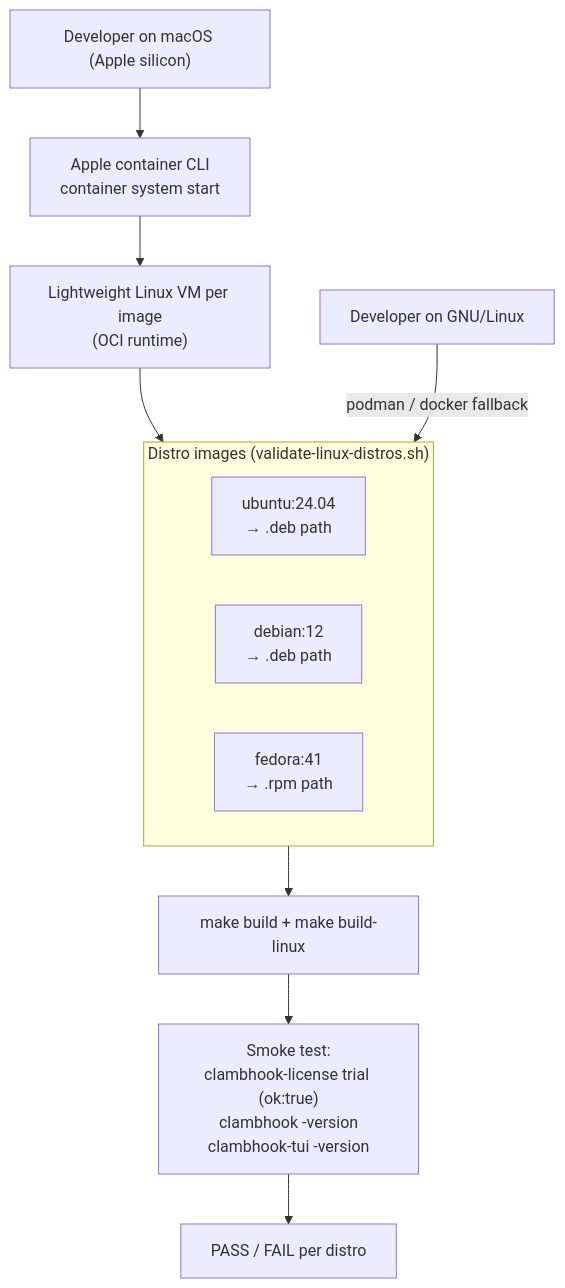
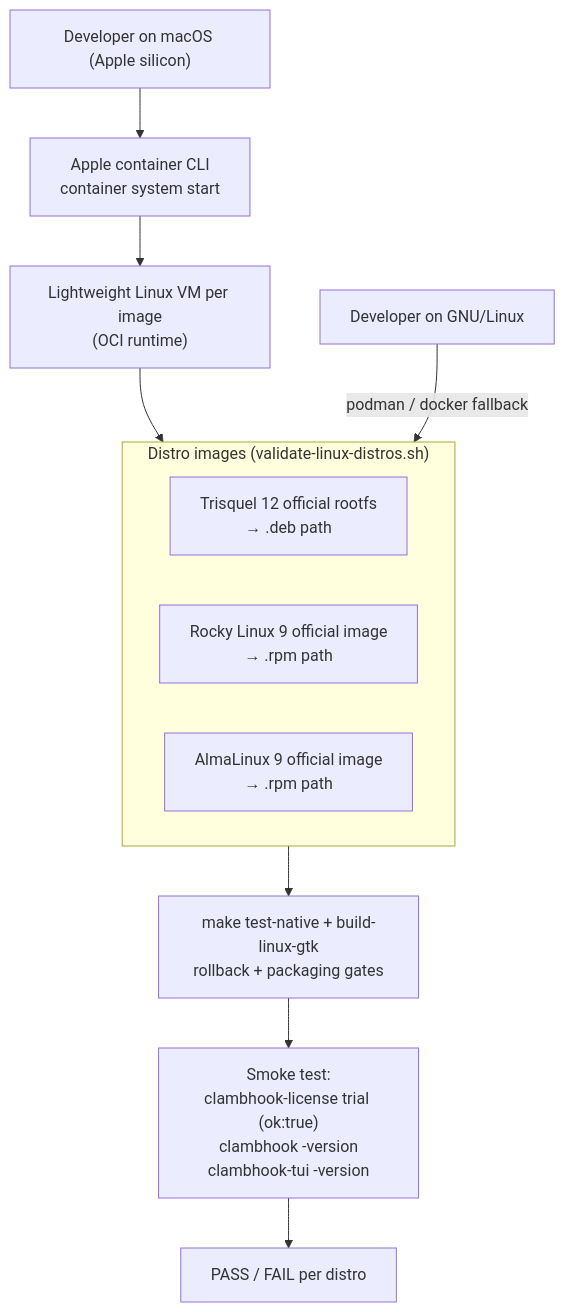
The diagram in packaging/README.md (JohnThre/clambhook), drawn with Mermaid before and after one commit. The commit also changed other lines of this file and 20 other files, not shown here.

````diff
--- a/packaging/README.md
+++ b/packaging/README.md
@@ -66,15 +69,15 @@
 ```mermaid
 flowchart TD
     dev["Developer on macOS (Apple silicon)"] --> tool["Apple container CLI\ncontainer system start"]
     tool --> vm["Lightweight Linux VM per image\n(OCI runtime)"]
     subgraph distros["Distro images (validate-linux-distros.sh)"]
-        ubuntu["ubuntu:24.04\n→ .deb path"]
-        debian["debian:12\n→ .deb path"]
-        fedora["fedora:41\n→ .rpm path"]
+        trisquel["Trisquel 12 official rootfs\n→ .deb path"]
+        rocky["Rocky Linux 9 official image\n→ .rpm path"]
+        alma["AlmaLinux 9 official image\n→ .rpm path"]
     end
     vm --> distros
-    distros --> build["make build + make build-linux"]
+    distros --> build["make test-native + build-linux-gtk\nrollback + packaging gates"]
     build --> smoke["Smoke test:\nclambhook-license trial (ok:true)\nclambhook -version\nclambhook-tui -version"]
     smoke --> pass["PASS / FAIL per distro"]
     linux["Developer on GNU/Linux"] -->|"podman / docker fallback"| distros
 ```
````
